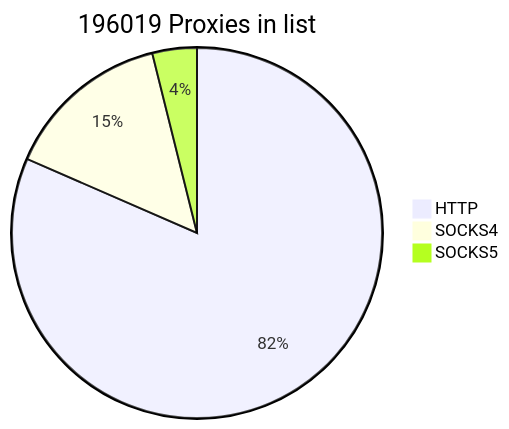
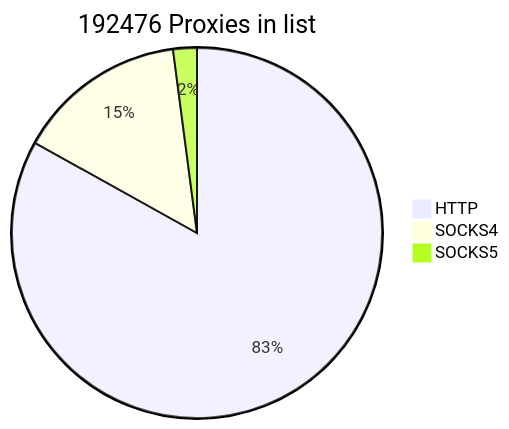
Before and after one commit to cutipu/proxylist: the first of 2 diagrams in README.md, drawn with Mermaid. The commit also changed other lines of this file, not shown here.

````diff
--- a/README.md
+++ b/README.md
@@ -2,7 +2,7 @@
 ```mermaid
-pie title 196019 Proxies in list
-    "HTTP" : 159834
-    "SOCKS4" : 28571
-    "SOCKS5" : 7614
+pie title 192476 Proxies in list
+    "HTTP" : 159901
+    "SOCKS4" : 28584
+    "SOCKS5" : 3991
             
 ```
````
